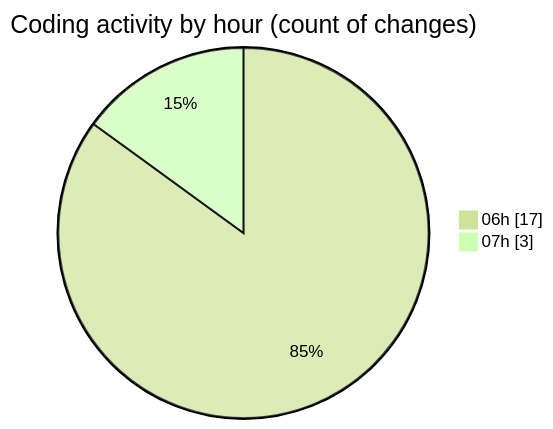
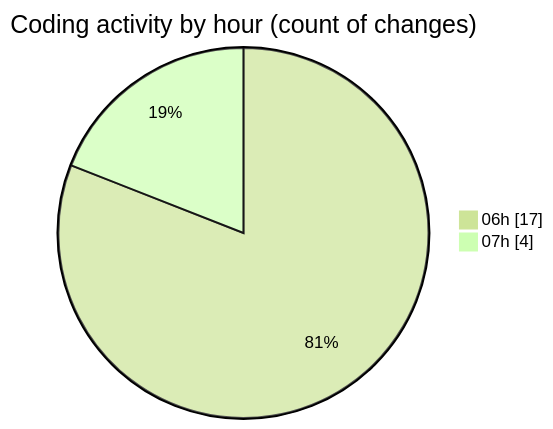
Before and after one commit to robertbonfada/code-tracking: the second of 2 diagrams in 2025-02-25/mbc-web/README.md, drawn with Mermaid (forest theme). The commit also changed other lines of this file and 1 other file, not shown here.

````diff
--- a/2025-02-25/mbc-web/README.md
+++ b/2025-02-25/mbc-web/README.md
@@ -32,6 +32,6 @@
 ```mermaid
 pie showData
 title Coding activity by hour (count of changes)
 "06h" : 17
-"07h" : 3
+"07h" : 4
 ```
````
